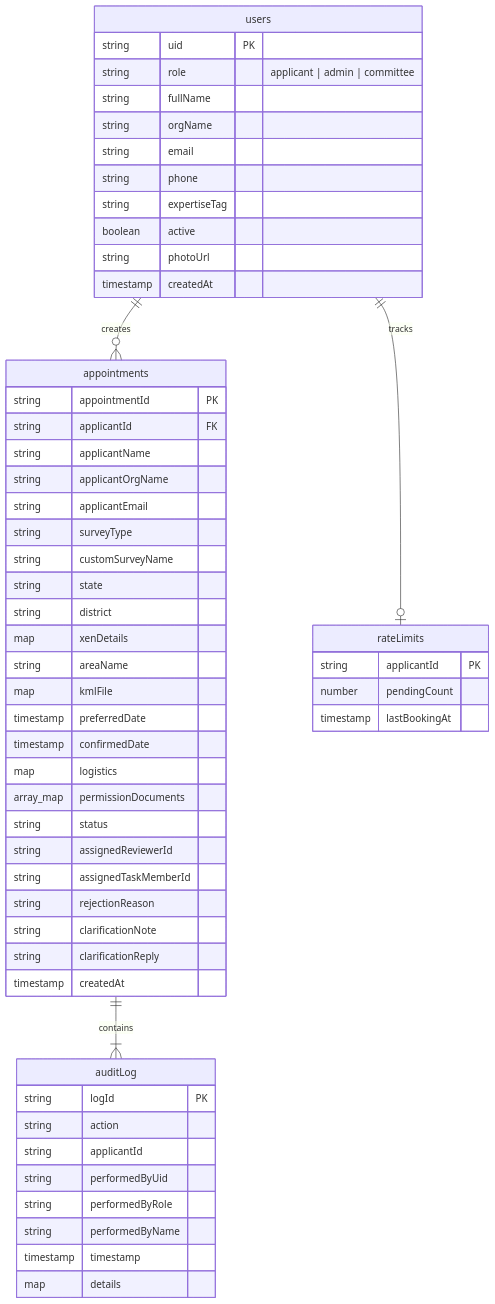
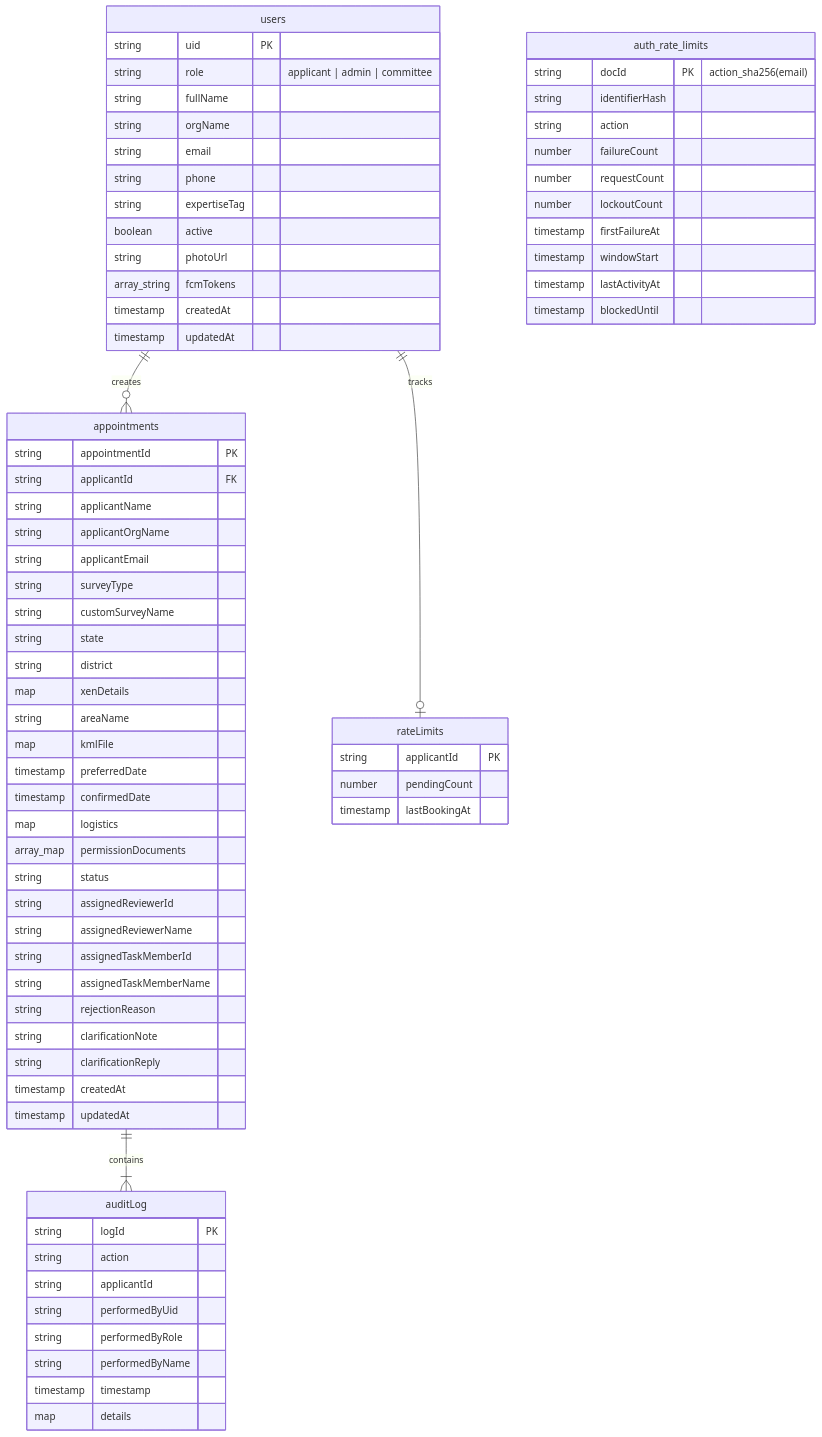
The diagram in brain/backend_api.md (coe-sensrs/survey_booking_flutter), drawn with Mermaid before and after one commit. The commit also changed other lines of this file and 34 other files, not shown here.

````diff
--- a/brain/backend_api.md
+++ b/brain/backend_api.md
@@ -9,62 +9,80 @@
 ```mermaid
 erDiagram
     users ||--o{ appointments : creates
     appointments ||--|{ auditLog : contains
     users ||--o| rateLimits : tracks
 
     users {
         string uid PK
         string role "applicant | admin | committee"
         string fullName
         string orgName
         string email
         string phone
         string expertiseTag
         boolean active
         string photoUrl
+        array_string fcmTokens
         timestamp createdAt
+        timestamp updatedAt
     }
 
     appointments {
         string appointmentId PK
         string applicantId FK
         string applicantName
         string applicantOrgName
         string applicantEmail
         string surveyType
         string customSurveyName
         string state
         string district
         map xenDetails
         string areaName
         map kmlFile
         timestamp preferredDate
         timestamp confirmedDate
         map logistics
         array_map permissionDocuments
         string status
         string assignedReviewerId
+        string assignedReviewerName
         string assignedTaskMemberId
+        string assignedTaskMemberName
         string rejectionReason
         string clarificationNote
         string clarificationReply
         timestamp createdAt
+        timestamp updatedAt
     }
 
     auditLog {
         string logId PK
         string action
         string applicantId
         string performedByUid
         string performedByRole
         string performedByName
         timestamp timestamp
         map details
     }
 
     rateLimits {
         string applicantId PK
         number pendingCount
         timestamp lastBookingAt
     }
+
+    auth_rate_limits {
+        string docId PK "action_sha256(email)"
+        string identifierHash
+        string action
+        number failureCount
+        number requestCount
+        number lockoutCount
+        timestamp firstFailureAt
+        timestamp windowStart
+        timestamp lastActivityAt
+        timestamp blockedUntil
+    }
 ```
````
